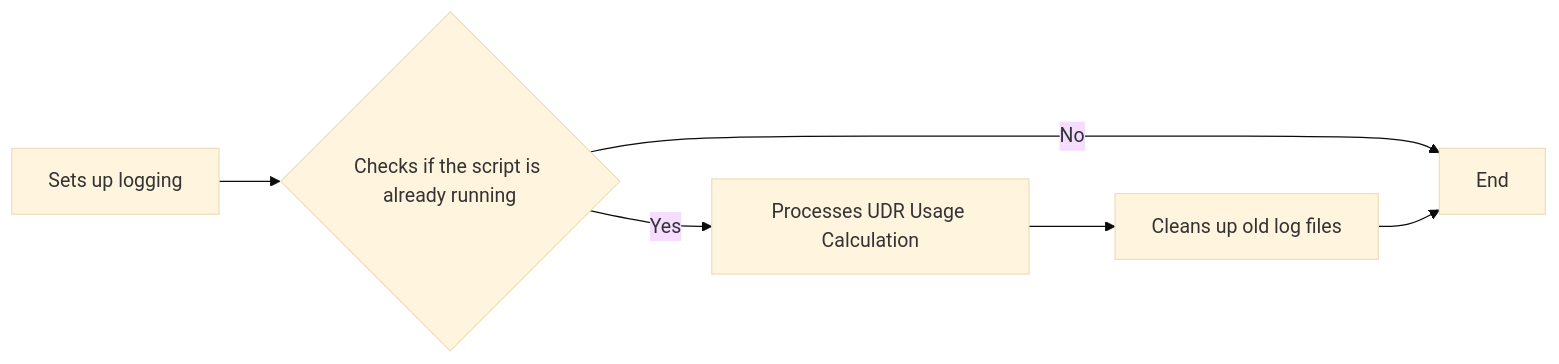
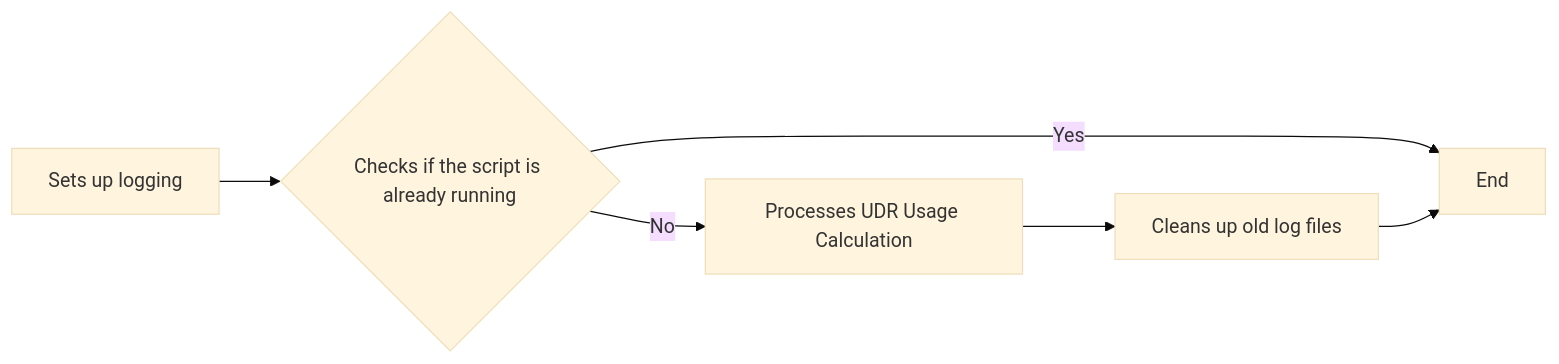
The first of 2 diagrams in UDR/calculation_readme.md (maulanaady/psn), drawn with Mermaid (base theme) before and after one commit.

Commit message:
Update readme file

````diff
--- a/UDR/calculation_readme.md
+++ b/UDR/calculation_readme.md
@@ -62,9 +62,9 @@
 ```mermaid
 graph LR;
     A[Sets up logging] --> B{Checks if the script is already running};
-    B -->|Yes| C[Processes UDR Usage Calculation];
-    B -->|No| E[End];
+    B -->|No| C[Processes UDR Usage Calculation];
+    B -->|Yes| E[End];
     C --> D[Cleans up old log files];
     D --> E[End];
 
 ```
````
